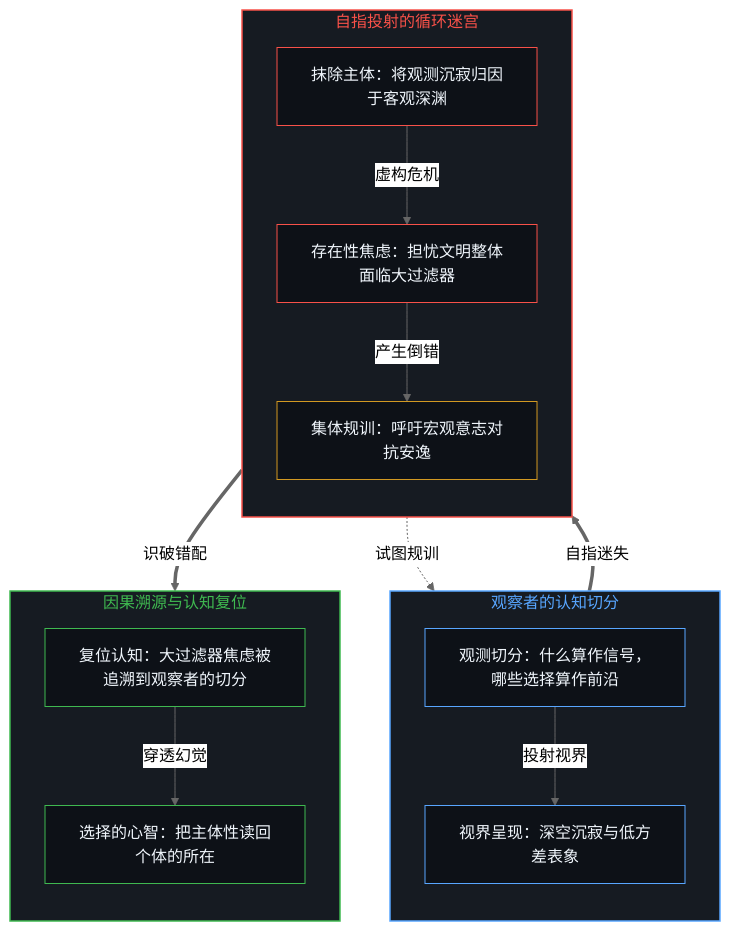
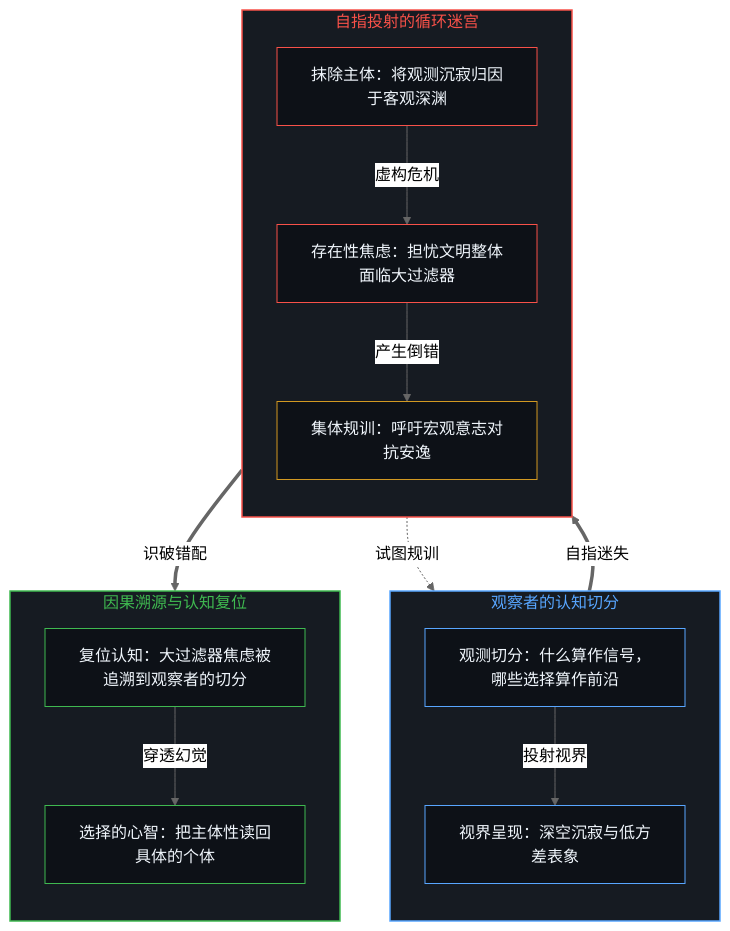
One commit to powerpig99/not-a-toe changed the third of 6 diagrams in content/posts/the-fermi-paradox-reified-agency-and-the-great-filter.md. Above: the diagram before and after it, drawn with Mermaid (neutral theme). The commit also changed other lines of this file and 2 other files, not shown here.

````diff
--- a/content/posts/the-fermi-paradox-reified-agency-and-the-great-filter.md
+++ b/content/posts/the-fermi-paradox-reified-agency-and-the-great-filter.md
@@ -121,42 +109,36 @@
 ```mermaid
 flowchart TD
     subgraph S_Cut ["观察者的认知切分"]
         direction TB
         CUT["观测切分：什么算作信号，哪些选择算作前沿"]
         SIL["视界呈现：深空沉寂与低方差表象"]
     end
-
     subgraph S_Trap ["自指投射的循环迷宫"]
         direction TB
         ERASE["抹除主体：将观测沉寂归因于客观深渊"]
         DREAD["存在性焦虑：担忧文明整体面临大过滤器"]
         MORAL["集体规训：呼吁宏观意志对抗安逸"]
     end
-
     subgraph S_Ground ["因果溯源与认知复位"]
         direction TB
         REC["复位认知：大过滤器焦虑被追溯到观察者的切分"]
-        MIND["选择的心智：把主体性读回个体的所在"]
+        MIND["选择的心智：把主体性读回具体的个体"]
     end
-
     CUT -->|"投射视界"| SIL
     SIL ==>|"自指迷失"| ERASE
     ERASE -->|"虚构危机"| DREAD
     DREAD -->|"产生倒错"| MORAL
     MORAL -.->|"试图规训"| CUT
-
     DREAD ==>|"识破错配"| REC
     REC -->|"穿透幻觉"| MIND
-
     style S_Cut fill:#161b22,stroke:#58a6ff,stroke-width:1.5px,color:#58a6ff
     style S_Trap fill:#161b22,stroke:#f85149,stroke-width:1.5px,color:#f85149
     style S_Ground fill:#161b22,stroke:#3fb950,stroke-width:1.5px,color:#3fb950
-
     style CUT fill:#0d1117,stroke:#58a6ff,stroke-width:1px,color:#f0f6fc
     style SIL fill:#0d1117,stroke:#58a6ff,stroke-width:1px,color:#f0f6fc
     style ERASE fill:#0d1117,stroke:#f85149,stroke-width:1px,color:#f0f6fc
     style DREAD fill:#0d1117,stroke:#f85149,stroke-width:1px,color:#f0f6fc
     style MORAL fill:#0d1117,stroke:#d29922,stroke-width:1px,color:#f0f6fc
     style REC fill:#0d1117,stroke:#3fb950,stroke-width:1px,color:#f0f6fc
     style MIND fill:#0d1117,stroke:#3fb950,stroke-width:1px,color:#f0f6fc
 ```
````
